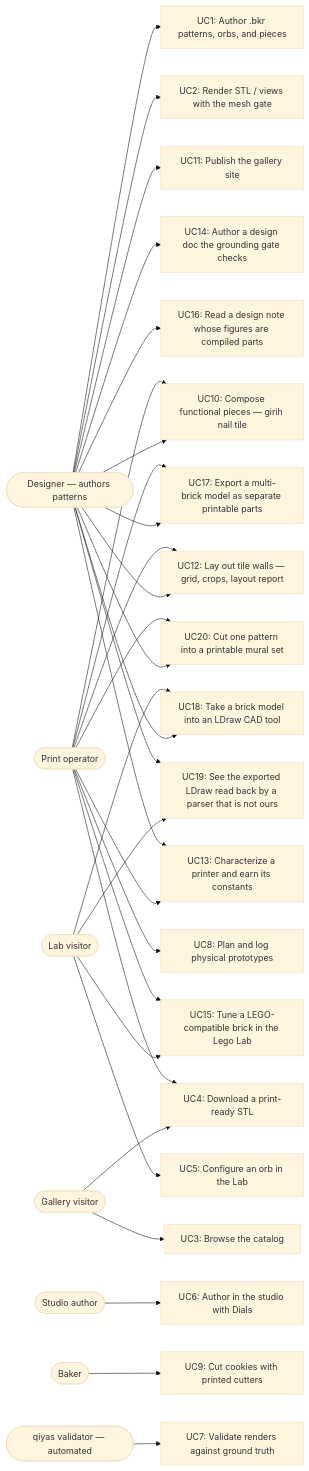
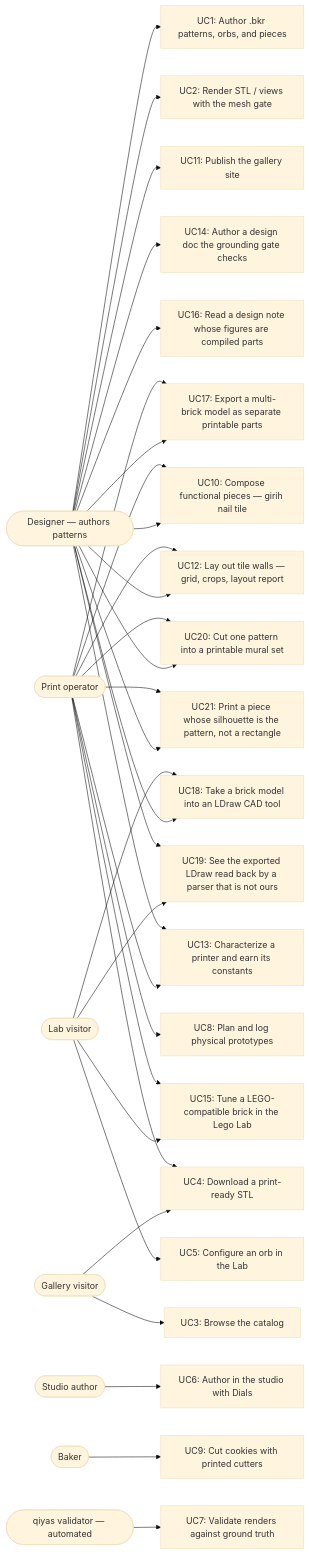
One commit to omars-lab/3d-models changed the diagram in .claude/skills/maintain-use-cases/use-cases.md. Above: the diagram before and after it, drawn with Mermaid (base theme). The commit also changed other lines of this file, not shown here.

````diff
--- a/.claude/skills/maintain-use-cases/use-cases.md
+++ b/.claude/skills/maintain-use-cases/use-cases.md
@@ -34,40 +34,42 @@
 ```mermaid
 flowchart LR
   designer([Designer — authors patterns])
   visitor([Gallery visitor])
   labuser([Lab visitor])
   studiouser([Studio author])
   printop([Print operator])
   baker([Baker])
   validator([qiyas validator — automated])
 
   designer --> UC1[UC1: Author .bkr patterns, orbs, and pieces]
   designer --> UC2[UC2: Render STL / views with the mesh gate]
   designer --> UC10[UC10: Compose functional pieces — girih nail tile]
   designer --> UC11[UC11: Publish the gallery site]
   designer --> UC12[UC12: Lay out tile walls — grid, crops, layout report]
   designer --> UC14[UC14: Author a design doc the grounding gate checks]
   designer --> UC16[UC16: Read a design note whose figures are compiled parts]
   designer --> UC17[UC17: Export a multi-brick model as separate printable parts]
   printop --> UC17
   designer --> UC18[UC18: Take a brick model into an LDraw CAD tool]
   labuser --> UC18
   labuser --> UC19[UC19: See the exported LDraw read back by a parser that is not ours]
   designer --> UC19
   designer --> UC20[UC20: Cut one pattern into a printable mural set]
   printop --> UC20
+  designer --> UC21[UC21: Print a piece whose silhouette is the pattern, not a rectangle]
+  printop --> UC21
   visitor --> UC3[UC3: Browse the catalog]
   visitor --> UC4[UC4: Download a print-ready STL]
   labuser --> UC5[UC5: Configure an orb in the Lab]
   labuser --> UC15[UC15: Tune a LEGO-compatible brick in the Lego Lab]
   printop --> UC15
   studiouser --> UC6[UC6: Author in the studio with Dials]
   printop --> UC4
   printop --> UC8[UC8: Plan and log physical prototypes]
   printop --> UC10
   printop --> UC12
   printop --> UC13[UC13: Characterize a printer and earn its constants]
   designer --> UC13
   baker --> UC9[UC9: Cut cookies with printed cutters]
   validator --> UC7[UC7: Validate renders against ground truth]
 ```
````
